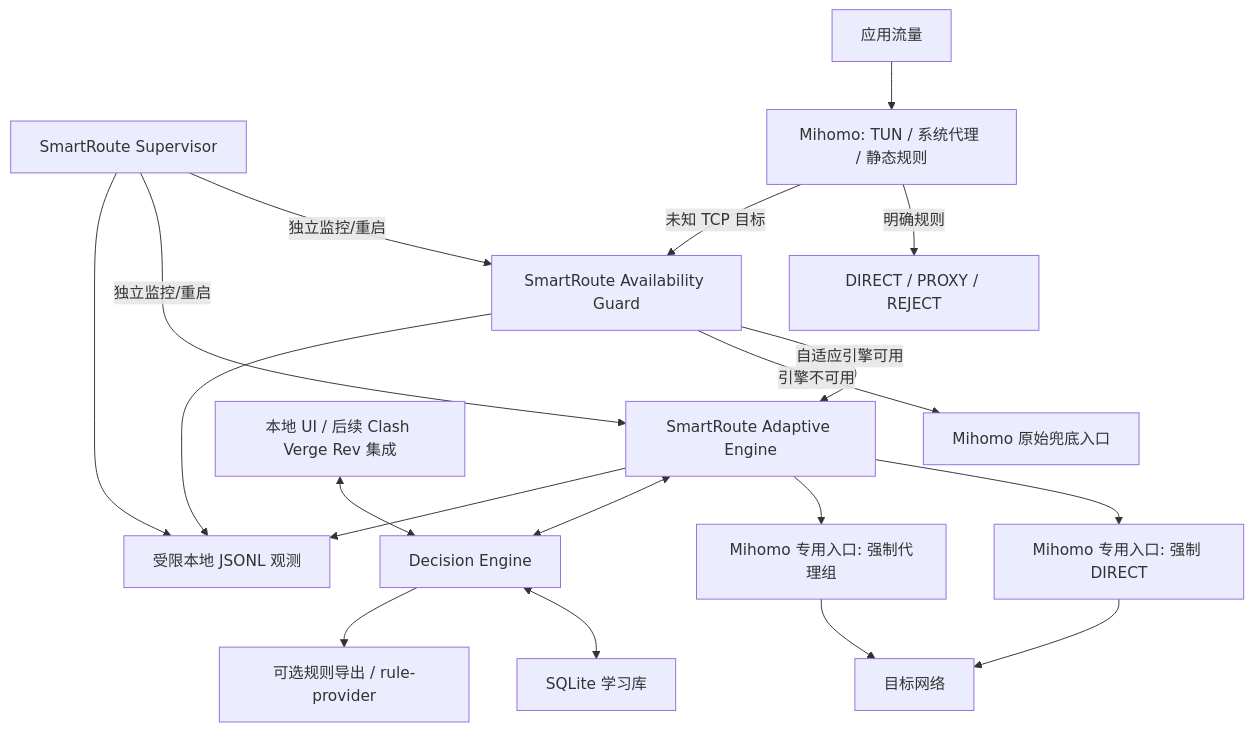
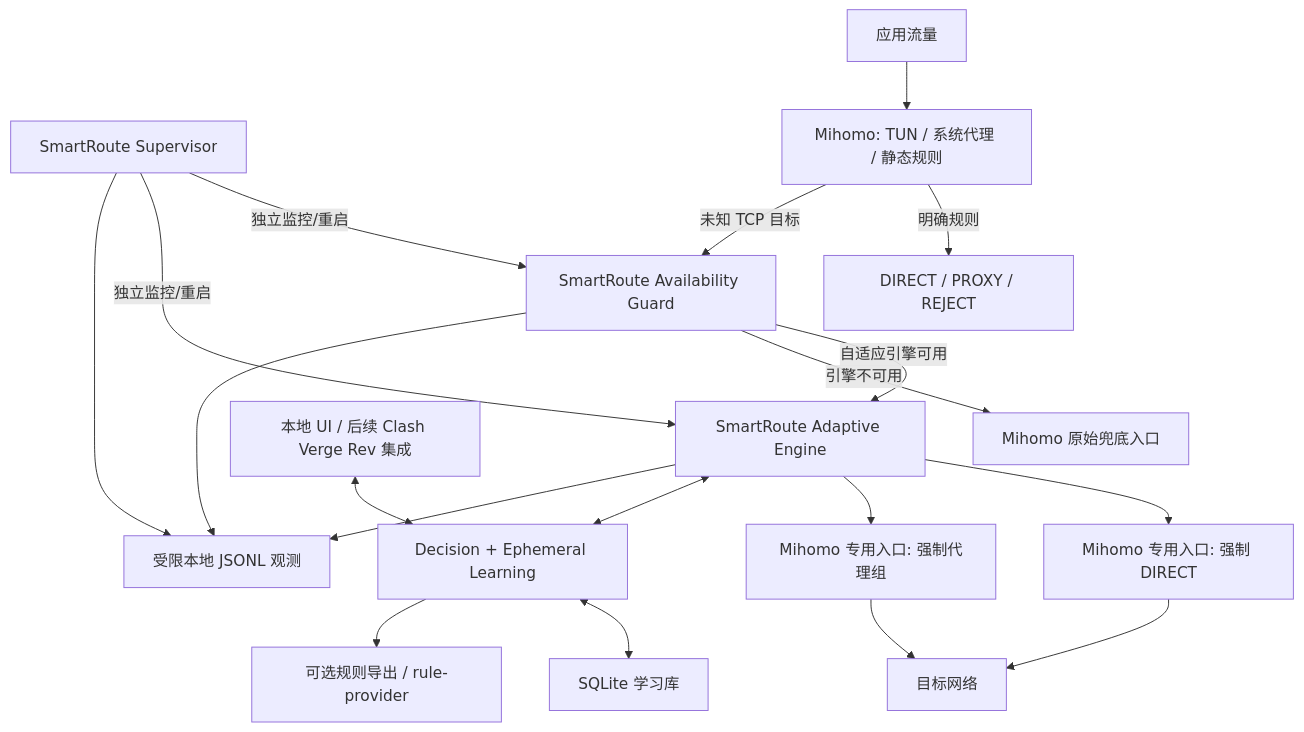
The first of 4 diagrams in docs/02-technical-design.md (firfisa/smartroute), drawn with Mermaid before and after one commit. The commit also changed other lines of this file and 23 other files, not shown here.

Commit message:
feat(learning): add ephemeral adaptive routing

````diff
--- a/docs/02-technical-design.md
+++ b/docs/02-technical-design.md
@@ -28,21 +28,21 @@
 ```mermaid
 flowchart TB
     Sup["SmartRoute Supervisor"] -->|"独立监控/重启"| G
     Sup -->|"独立监控/重启"| S
     Sup --> Obs["受限本地 JSONL 观测"]
     App["应用流量"] --> M["Mihomo: TUN / 系统代理 / 静态规则"]
     M -->|"明确规则"| Fixed["DIRECT / PROXY / REJECT"]
     M -->|"未知 TCP 目标"| G["SmartRoute Availability Guard"]
     G -->|"自适应引擎可用"| S["SmartRoute Adaptive Engine"]
     G -->|"引擎不可用"| O["Mihomo 原始兜底入口"]
     S --> D["Mihomo 专用入口: 强制 DIRECT"]
     S --> P["Mihomo 专用入口: 强制代理组"]
     D --> Net["目标网络"]
     P --> Net
-    S <--> E["Decision Engine"]
+    S <--> E["Decision + Ephemeral Learning"]
     S --> Obs
     G --> Obs
     E <--> DB["SQLite 学习库"]
     UI["本地 UI / 后续 Clash Verge Rev 集成"] <--> E
     E --> Export["可选规则导出 / rule-provider"]
 ```
````
